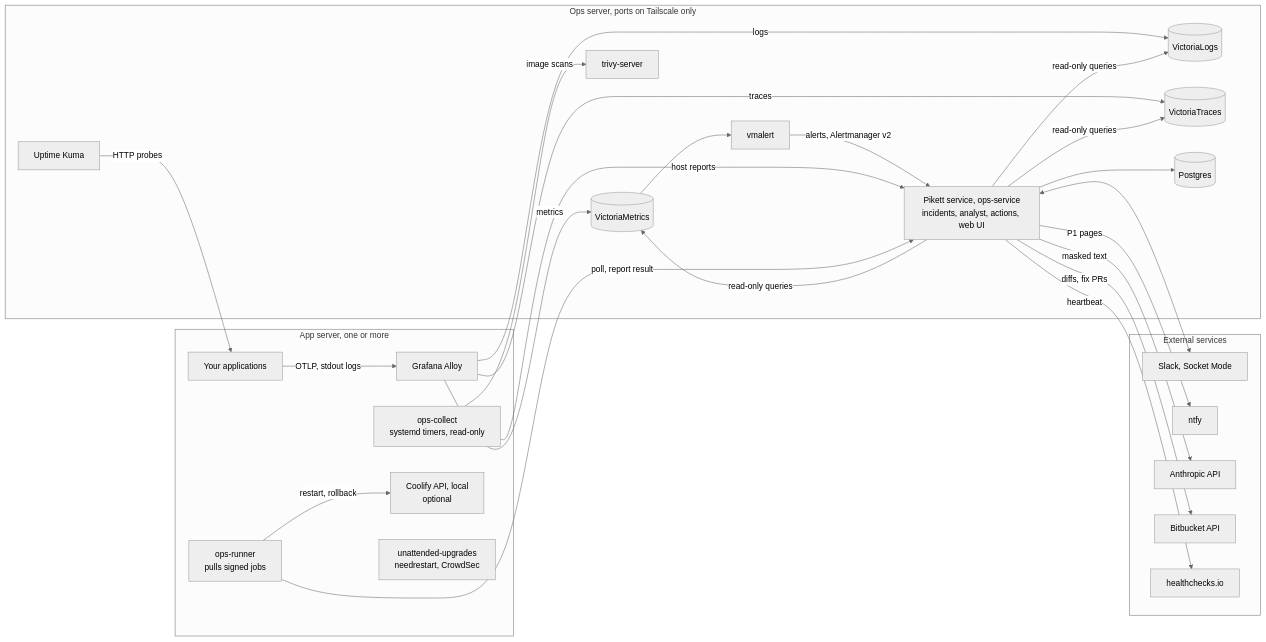
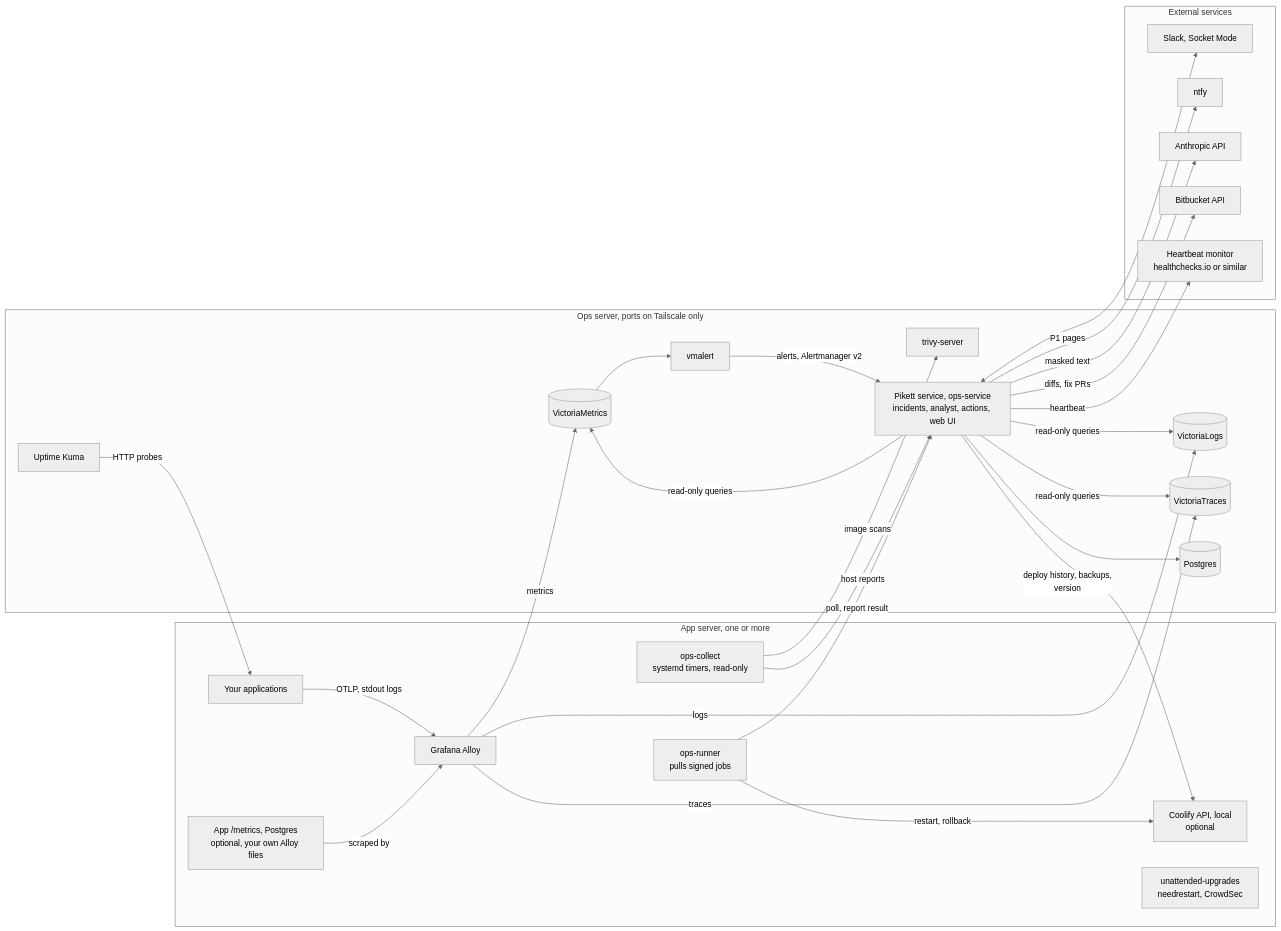
The diagram in README.md (pikett-dev/pikett), drawn with Mermaid (neutral theme) before and after one commit. The commit also changed other lines of this file and 14 other files, not shown here.

````diff
--- a/README.md
+++ b/README.md
@@ -99,48 +99,51 @@
 ```mermaid
 flowchart LR
   subgraph app["App server, one or more"]
     apps["Your applications"]
     alloy["Grafana Alloy"]
     collect["ops-collect<br/>systemd timers, read-only"]
     runner["ops-runner<br/>pulls signed jobs"]
     coolifyLocal["Coolify API, local<br/>optional"]
     patch["unattended-upgrades<br/>needrestart, CrowdSec"]
+    scrape["App /metrics, Postgres<br/>optional, your own Alloy files"]
   end
   subgraph ops["Ops server, ports on Tailscale only"]
     vl[("VictoriaLogs")]
     vm[("VictoriaMetrics")]
     vt[("VictoriaTraces")]
     vmalert["vmalert"]
     kuma["Uptime Kuma"]
     trivy["trivy-server"]
     svc["Pikett service, ops-service<br/>incidents, analyst, actions, web UI"]
     db[("Postgres")]
   end
   subgraph ext["External services"]
     slack["Slack, Socket Mode"]
     ntfy["ntfy"]
     llm["Anthropic API"]
     git["Bitbucket API"]
-    hc["healthchecks.io"]
+    hc["Heartbeat monitor<br/>healthchecks.io or similar"]
   end
   apps -- "OTLP, stdout logs" --> alloy
+  scrape -- "scraped by" --> alloy
   alloy -- "logs" --> vl
   alloy -- "metrics" --> vm
   alloy -- "traces" --> vt
   vm --> vmalert
   vmalert -- "alerts, Alertmanager v2" --> svc
   kuma -- "HTTP probes" --> apps
   collect -- "host reports" --> svc
   collect -- "image scans" --> trivy
   runner -- "poll, report result" --> svc
   runner -- "restart, rollback" --> coolifyLocal
   svc -- "read-only queries" --> vl
   svc -- "read-only queries" --> vm
   svc -- "read-only queries" --> vt
   svc --> db
   svc <--> slack
   svc -- "P1 pages" --> ntfy
   svc -- "masked text" --> llm
   svc -- "diffs, fix PRs" --> git
   svc -- "heartbeat" --> hc
+  svc -- "deploy history, backups,<br/>version" --> coolifyLocal
 ```
````
